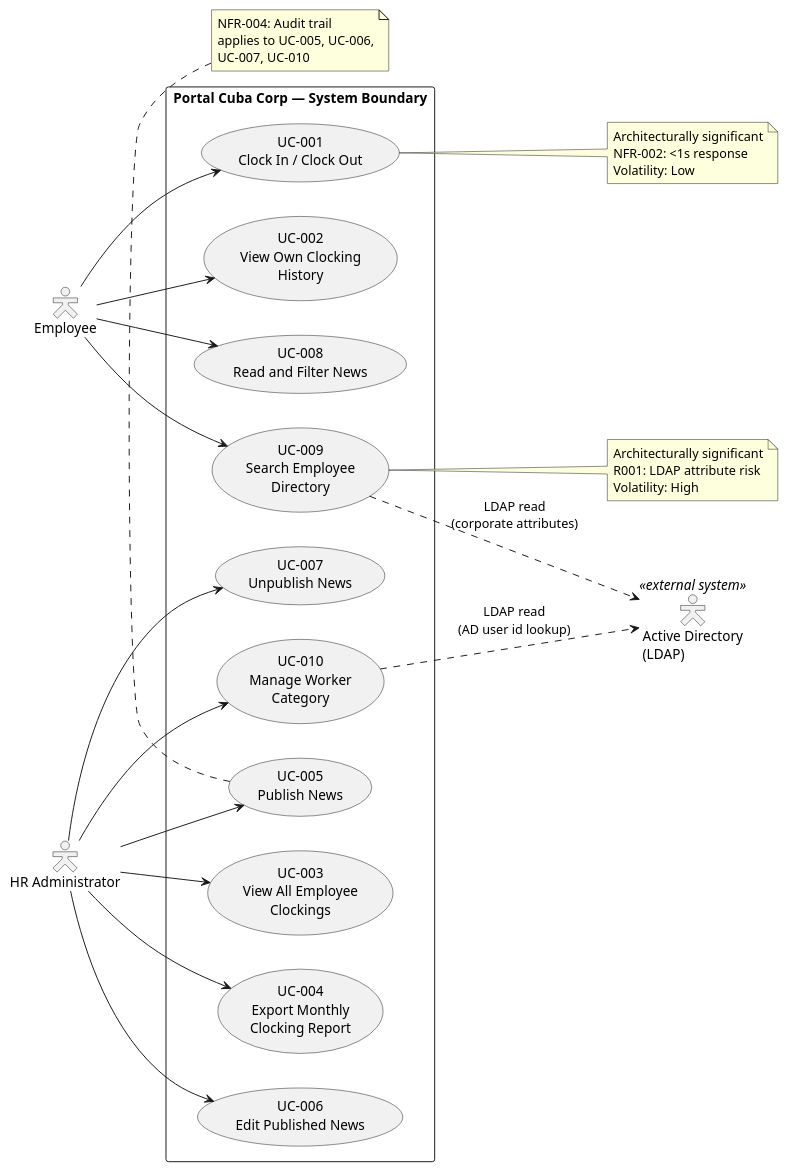
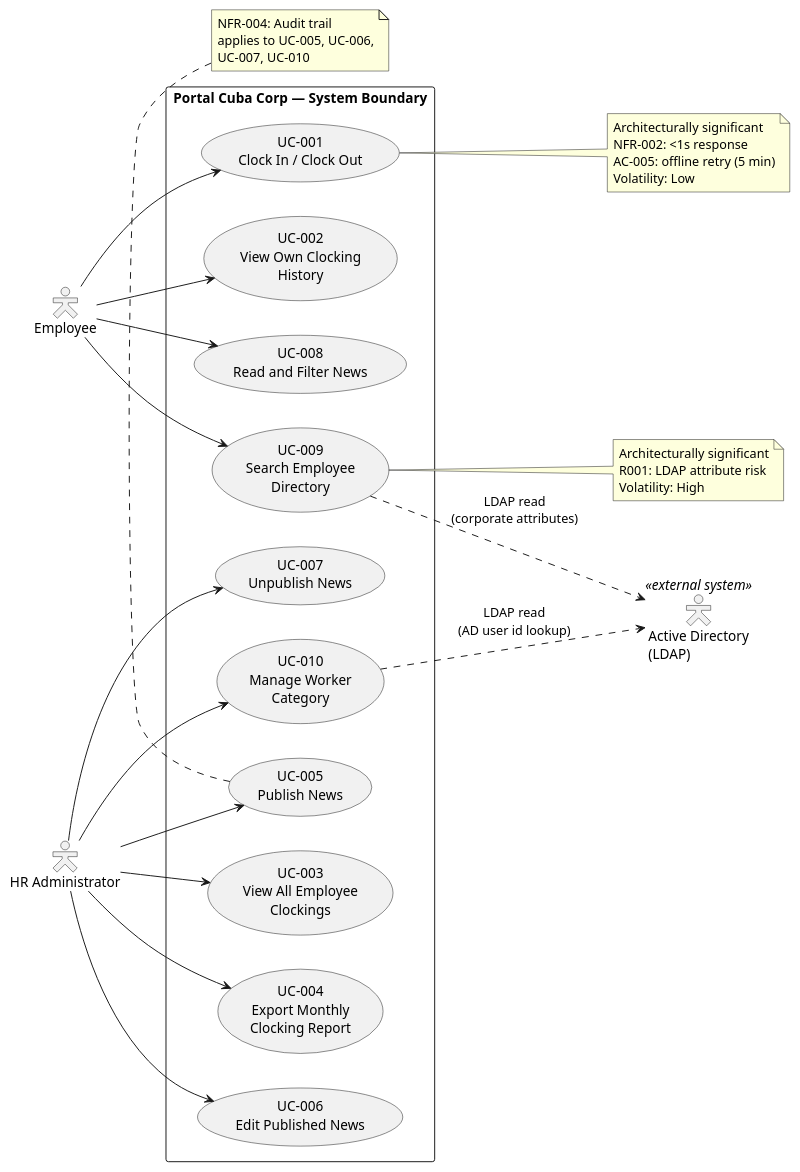
One commit to banense-test/portal-cuba-corp changed the first of 3 diagrams in docs/artifacts/requirements/use-case-model.md. Above: the diagram before and after it, drawn with PlantUML. The commit also changed other lines of this file, not shown here.

````diff
--- a/docs/artifacts/requirements/use-case-model.md
+++ b/docs/artifacts/requirements/use-case-model.md
@@ -12,58 +12,59 @@
 ```plantuml
 @startuml
 left to right direction
 skinparam packageStyle rectangle
 skinparam actorStyle hollow
 
 actor "Employee" as EMP
 actor "HR Administrator" as HR
 actor "Active Directory\n(LDAP)" as AD <<external system>>
 
 rectangle "Portal Cuba Corp — System Boundary" {
   usecase "UC-001\nClock In / Clock Out" as UC001
   usecase "UC-002\nView Own Clocking\nHistory" as UC002
   usecase "UC-003\nView All Employee\nClockings" as UC003
   usecase "UC-004\nExport Monthly\nClocking Report" as UC004
   usecase "UC-005\nPublish News" as UC005
   usecase "UC-006\nEdit Published News" as UC006
   usecase "UC-007\nUnpublish News" as UC007
   usecase "UC-008\nRead and Filter News" as UC008
   usecase "UC-009\nSearch Employee\nDirectory" as UC009
   usecase "UC-010\nManage Worker\nCategory" as UC010
 }
 
 EMP --> UC001
 EMP --> UC002
 EMP --> UC008
 EMP --> UC009
 
 HR --> UC003
 HR --> UC004
 HR --> UC005
 HR --> UC006
 HR --> UC007
 HR --> UC010
 
 UC009 ..> AD : LDAP read\n(corporate attributes)
 UC010 ..> AD : LDAP read\n(AD user id lookup)
 
 note right of UC001
   Architecturally significant
   NFR-002: <1s response
+  AC-005: offline retry (5 min)
   Volatility: Low
 end note
 
 note right of UC009
   Architecturally significant
   R001: LDAP attribute risk
   Volatility: High
 end note
 
 note bottom of UC005
   NFR-004: Audit trail
   applies to UC-005, UC-006,
   UC-007, UC-010
 end note
 
 @enduml
 ```
````
